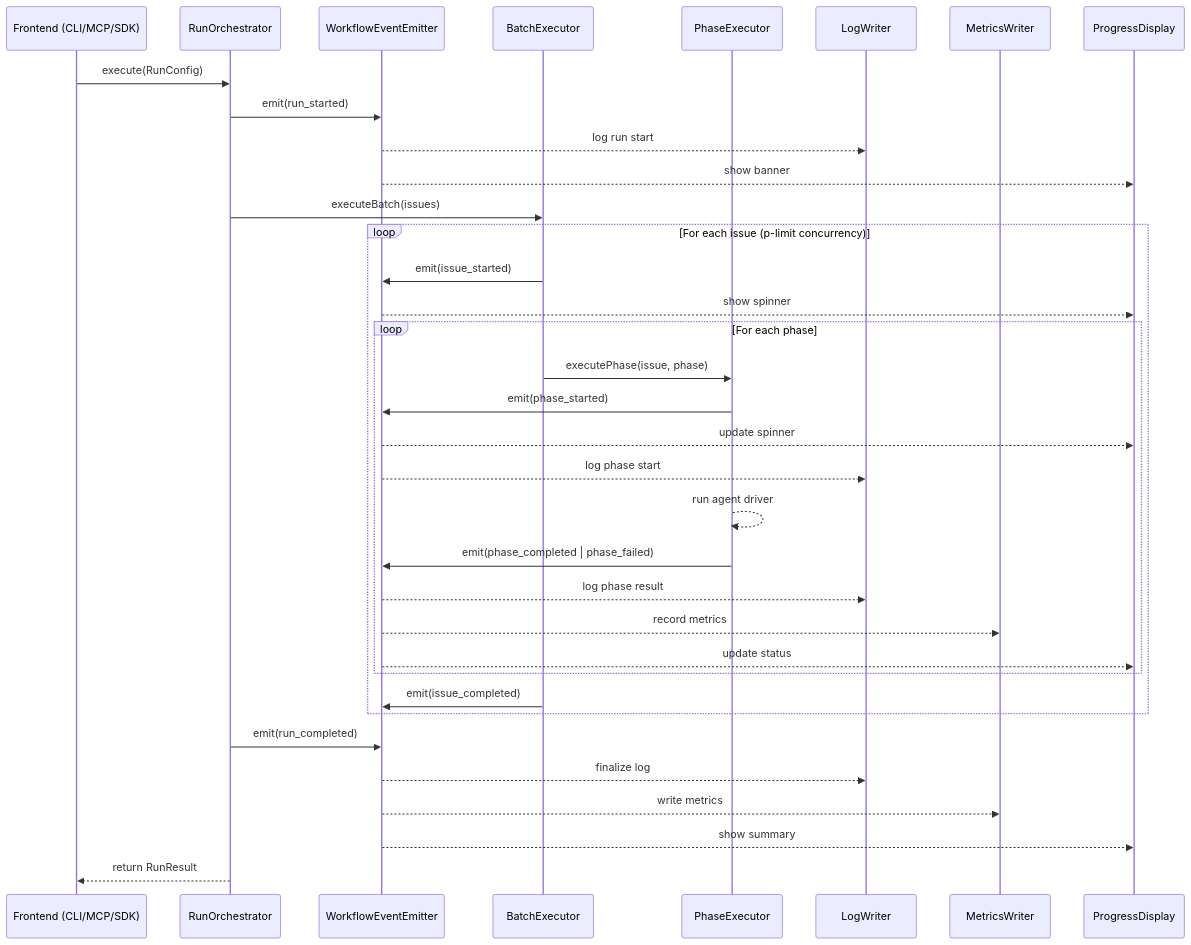
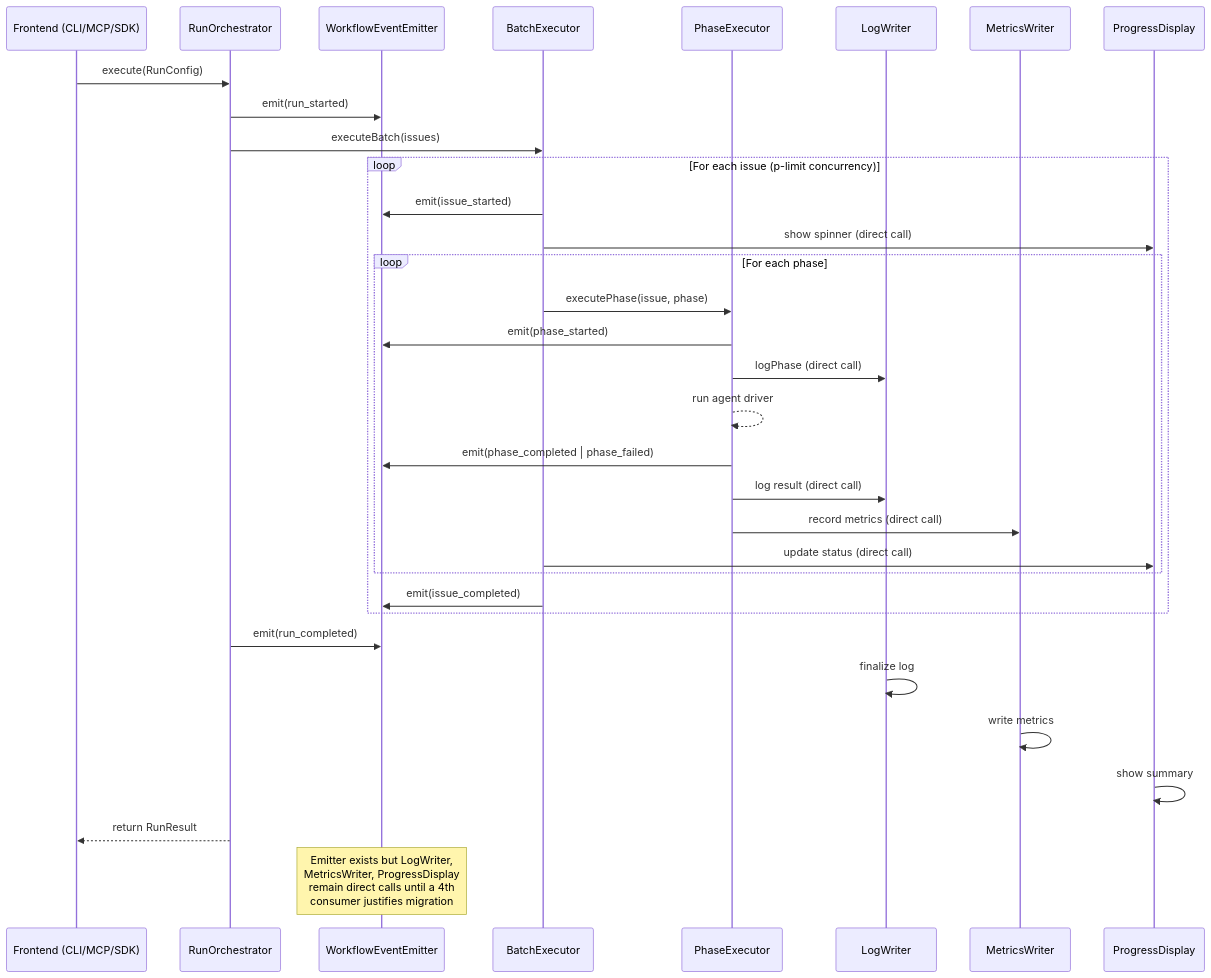
Before and after one commit to sequant-io/sequant: the third of 6 diagrams in docs/internal/architecture-target.md, drawn with Mermaid. The commit also changed other lines of this file, not shown here.

First line of the commit message:
docs: descope target architecture after overcomplexity review

````diff
--- a/docs/internal/architecture-target.md
+++ b/docs/internal/architecture-target.md
@@ -160,46 +167,45 @@
 ```mermaid
 sequenceDiagram
     participant F as Frontend (CLI/MCP/SDK)
     participant O as RunOrchestrator
     participant E as WorkflowEventEmitter
     participant B as BatchExecutor
     participant P as PhaseExecutor
     participant L as LogWriter
     participant M as MetricsWriter
     participant D as ProgressDisplay
 
     F->>O: execute(RunConfig)
     O->>E: emit(run_started)
-    E-->>L: log run start
-    E-->>D: show banner
 
     O->>B: executeBatch(issues)
 
     loop For each issue (p-limit concurrency)
         B->>E: emit(issue_started)
-        E-->>D: show spinner
+        B->>D: show spinner (direct call)
 
         loop For each phase
             B->>P: executePhase(issue, phase)
             P->>E: emit(phase_started)
-            E-->>D: update spinner
-            E-->>L: log phase start
+            P->>L: logPhase (direct call)
 
             P-->>P: run agent driver
 
             P->>E: emit(phase_completed | phase_failed)
-            E-->>L: log phase result
-            E-->>M: record metrics
-            E-->>D: update status
+            P->>L: log result (direct call)
+            P->>M: record metrics (direct call)
+            B->>D: update status (direct call)
         end
 
         B->>E: emit(issue_completed)
     end
 
     O->>E: emit(run_completed)
-    E-->>L: finalize log
-    E-->>M: write metrics
-    E-->>D: show summary
+    L->>L: finalize log
+    M->>M: write metrics
+    D->>D: show summary
 
     O-->>F: return RunResult
+
+    Note over E: Emitter exists but LogWriter,<br/>MetricsWriter, ProgressDisplay<br/>remain direct calls until a 4th<br/>consumer justifies migration
 ```
````
